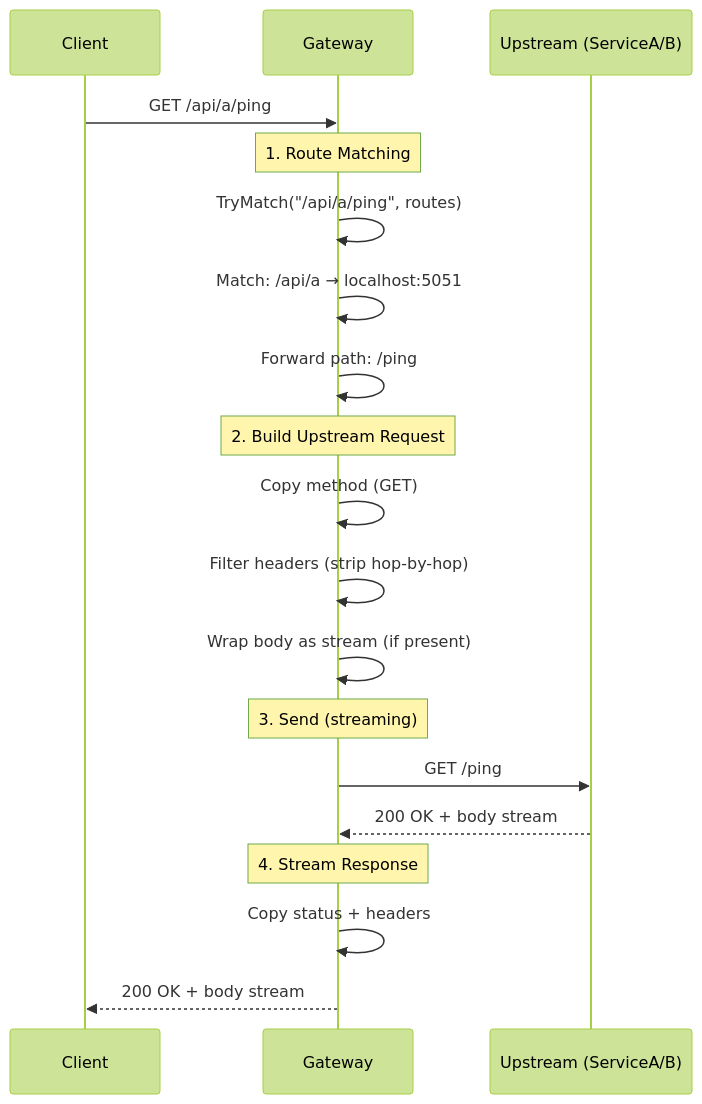
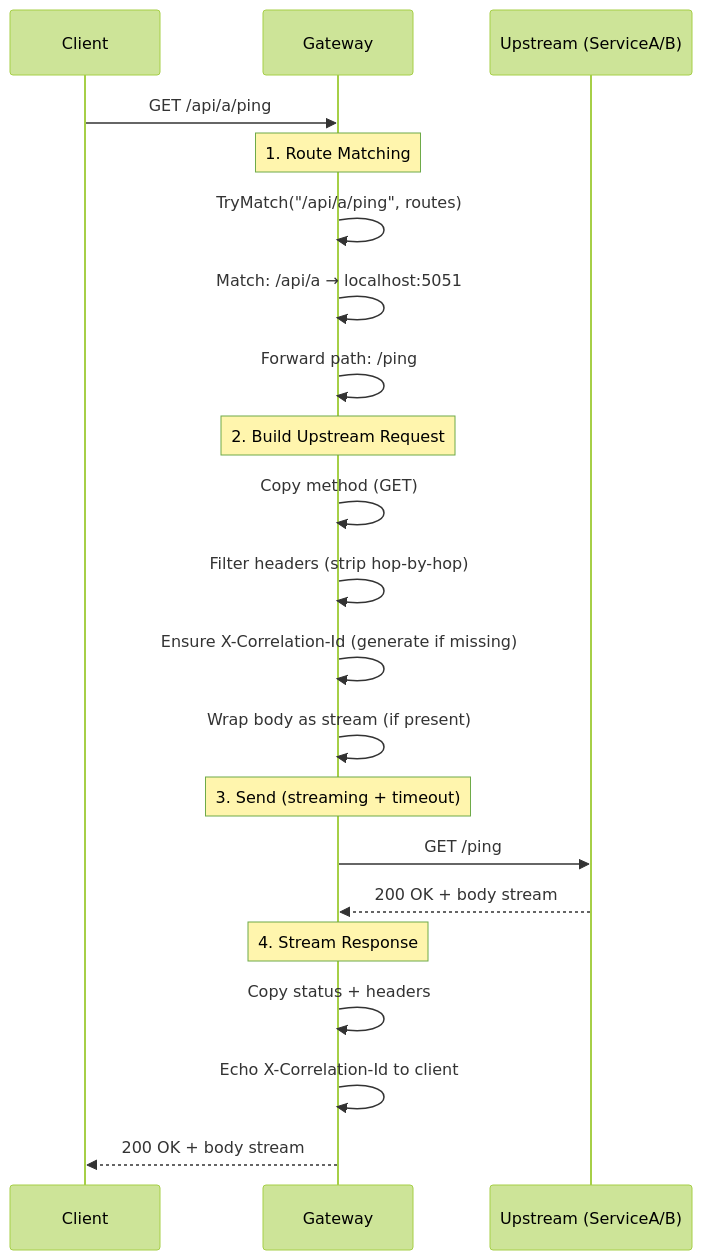
One commit to Am64r/mini-gateway changed the first of 2 diagrams in README.md. Above: the diagram before and after it, drawn with Mermaid (forest theme). The commit also changed other lines of this file and 1 other file, not shown here.

````diff
--- a/README.md
+++ b/README.md
@@ -7,26 +7,28 @@
 ```mermaid
 sequenceDiagram
     participant C as Client
     participant G as Gateway
     participant U as Upstream (ServiceA/B)
 
     C->>G: GET /api/a/ping
     
     Note over G: 1. Route Matching
     G->>G: TryMatch("/api/a/ping", routes)
     G->>G: Match: /api/a → localhost:5051
     G->>G: Forward path: /ping
     
     Note over G: 2. Build Upstream Request
     G->>G: Copy method (GET)
     G->>G: Filter headers (strip hop-by-hop)
+    G->>G: Ensure X-Correlation-Id (generate if missing)
     G->>G: Wrap body as stream (if present)
     
-    Note over G: 3. Send (streaming)
+    Note over G: 3. Send (streaming + timeout)
     G->>U: GET /ping
     U-->>G: 200 OK + body stream
     
     Note over G: 4. Stream Response
     G->>G: Copy status + headers
+    G->>G: Echo X-Correlation-Id to client
     G-->>C: 200 OK + body stream
 ```
````
